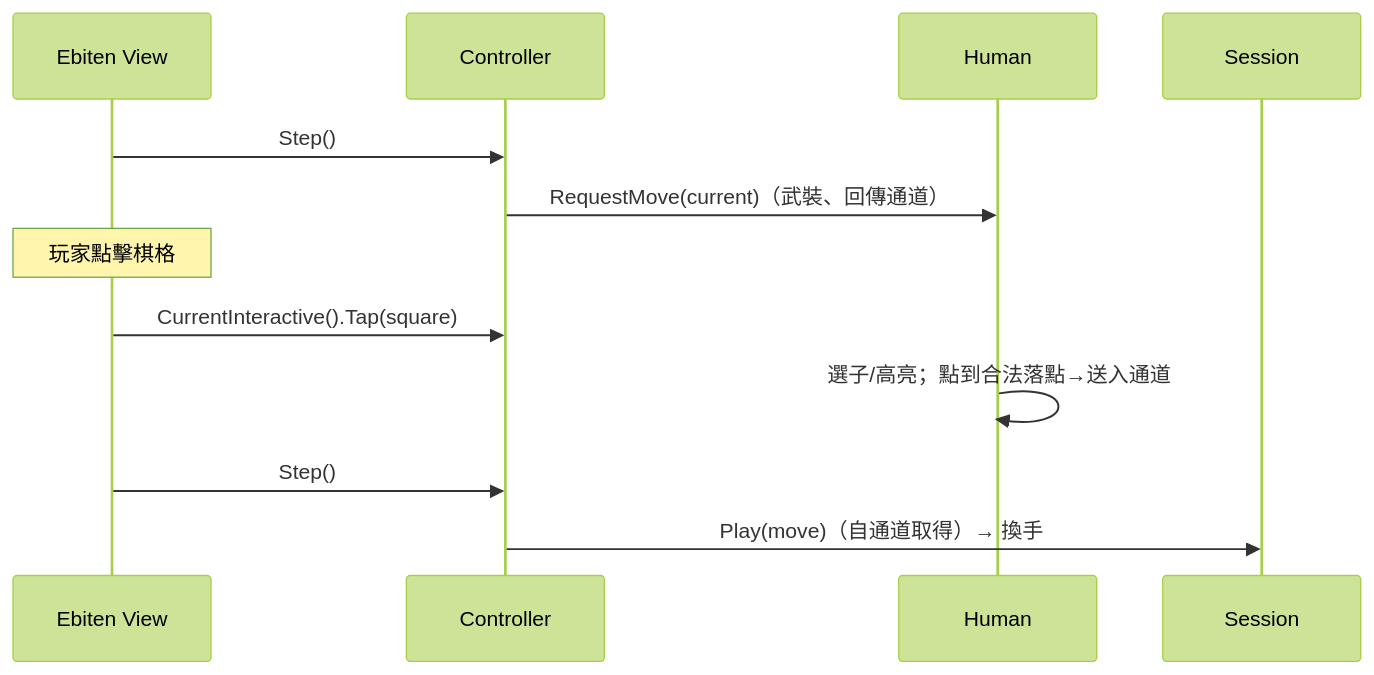
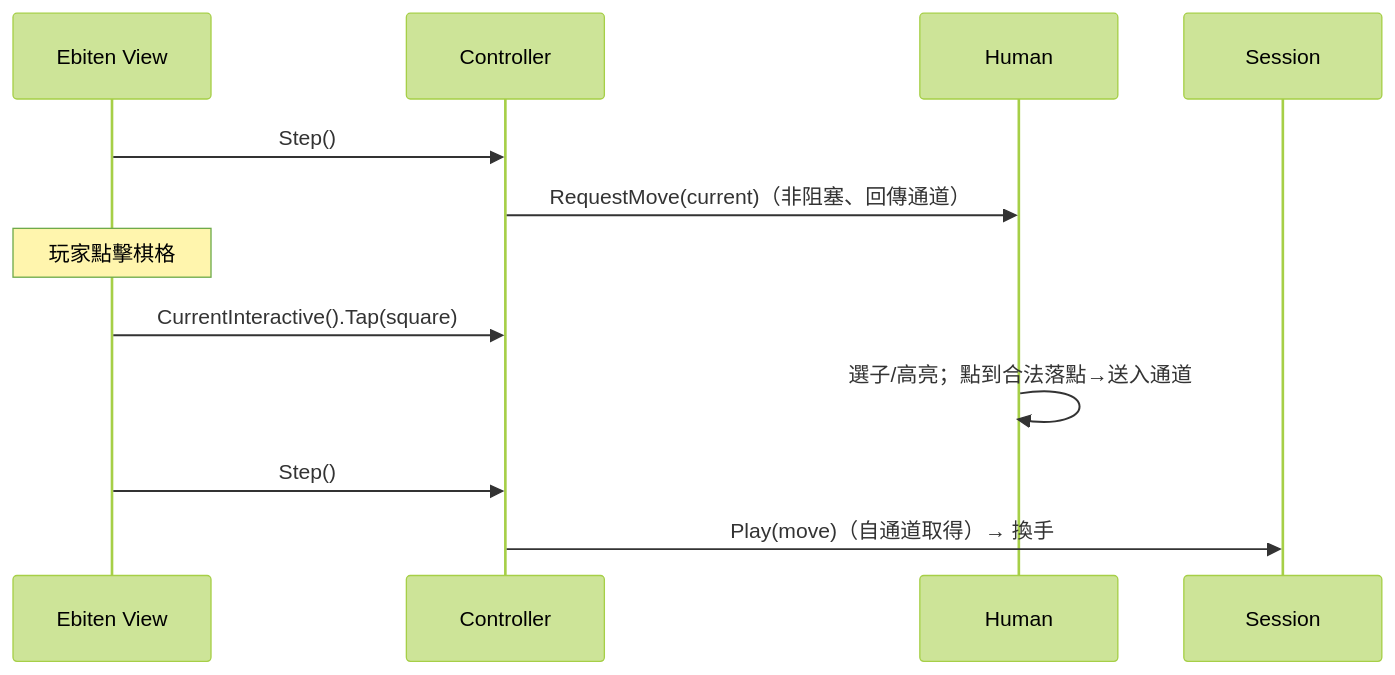
The diagram in docs/design/client.md (leetcode-golang-classroom/xiangqi-platform), drawn with Mermaid (forest theme) before and after one commit.

Commit message:
📝 修正 client 循序圖錯字（武裝→非阻塞）
docs/design/client.md 統一迴圈循序圖中 RequestMove 註記「武裝」語意不通，
對照 AI 循序圖（立即返回、不阻塞）改為「非阻塞、回傳通道」。

````diff
--- a/docs/design/client.md
+++ b/docs/design/client.md
@@ -31,14 +31,14 @@
 ```mermaid
 sequenceDiagram
     participant View as Ebiten View
     participant C as Controller
     participant H as Human
     participant S as Session
     View->>C: Step()
-    C->>H: RequestMove(current)（武裝、回傳通道）
+    C->>H: RequestMove(current)（非阻塞、回傳通道）
     Note over View: 玩家點擊棋格
     View->>C: CurrentInteractive().Tap(square)
     H->>H: 選子/高亮；點到合法落點→送入通道
     View->>C: Step()
     C->>S: Play(move)（自通道取得）→ 換手
 ```
````
